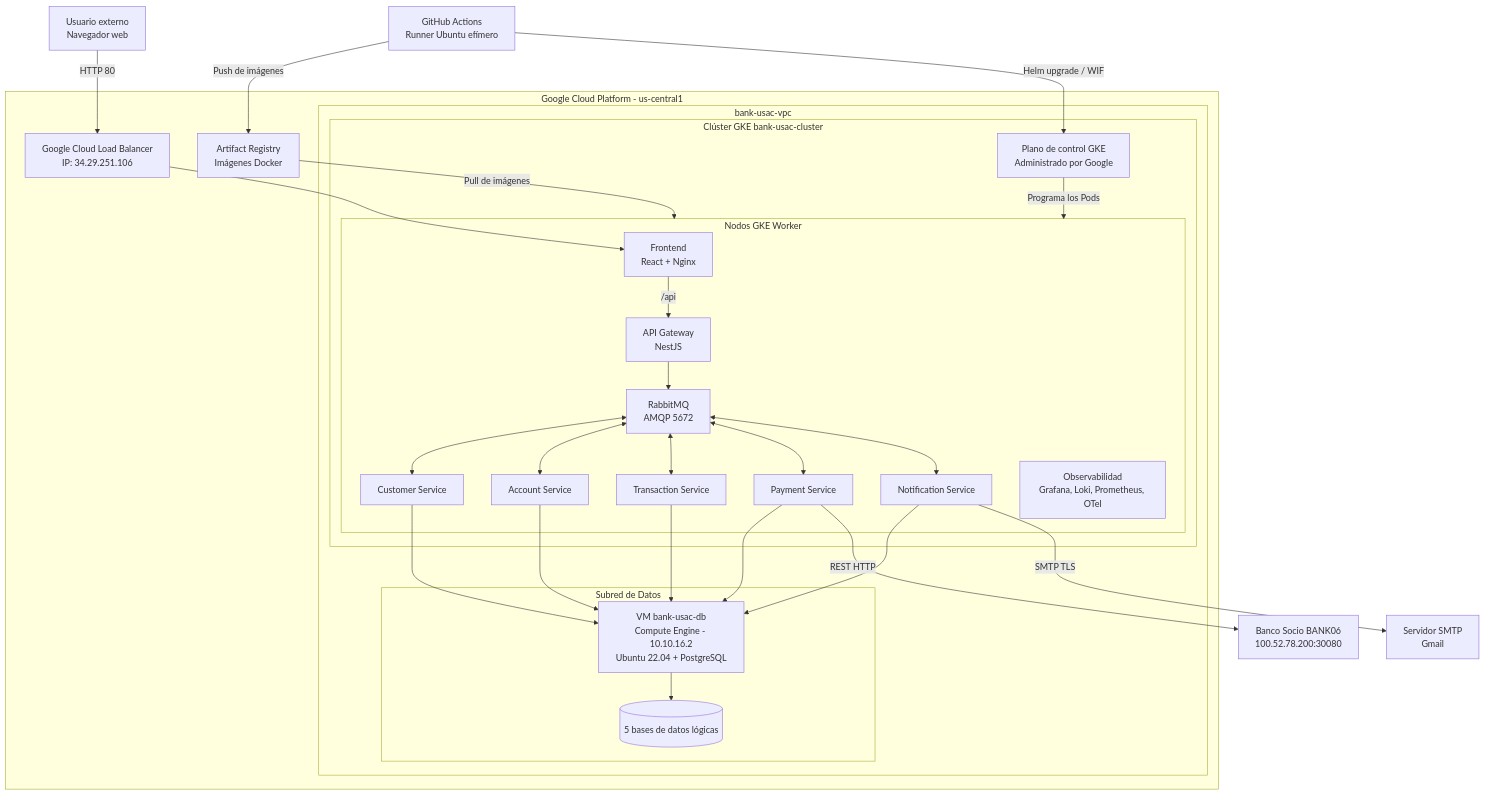
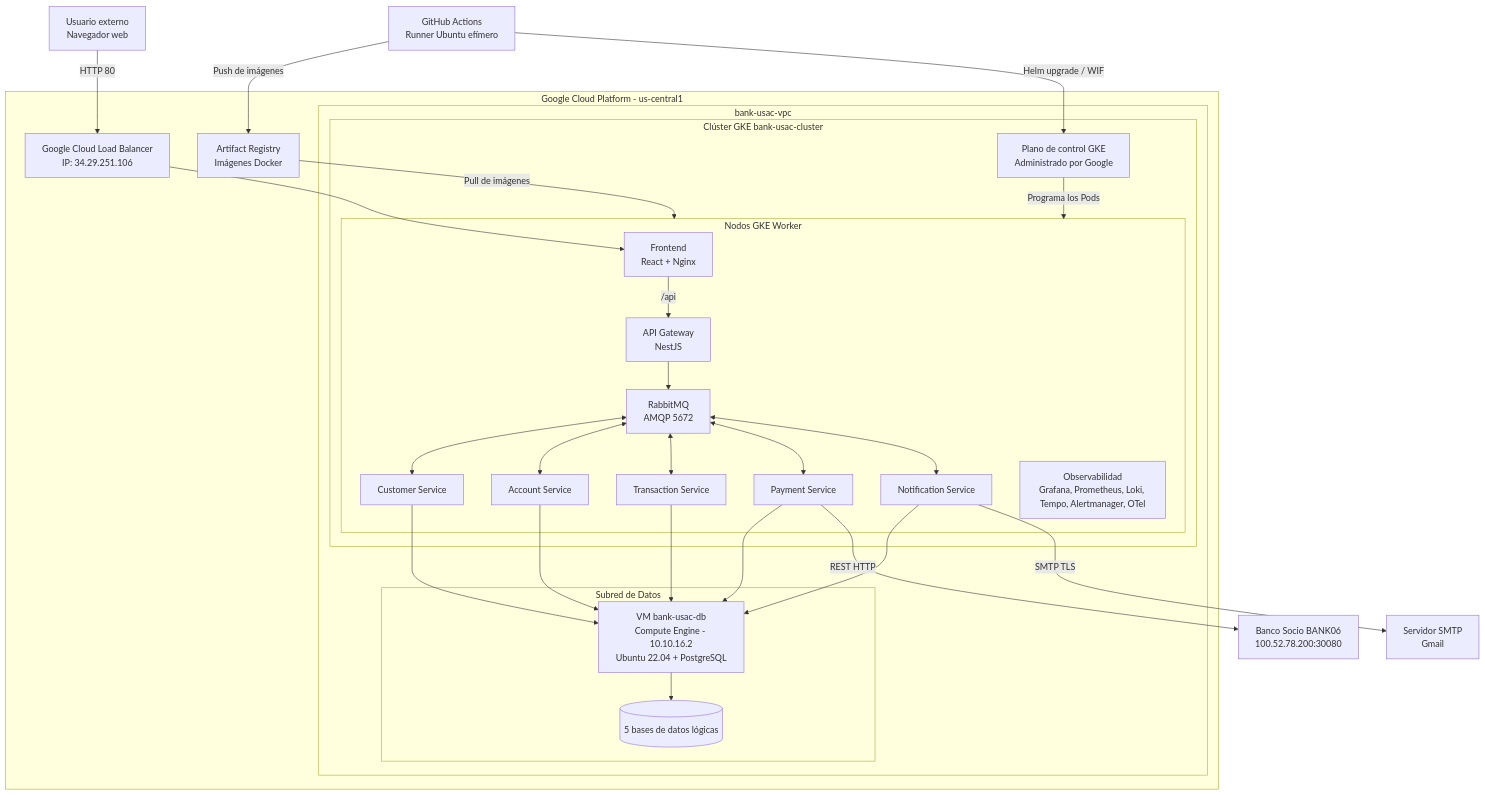
The diagram in Docs/architecture/deployment.md (GaryAlexAC/Proyecto-SA-B-11), drawn with Mermaid before and after one commit. The commit also changed 37 other files, not shown here.

````diff
--- a/Docs/architecture/deployment.md
+++ b/Docs/architecture/deployment.md
@@ -73,56 +73,56 @@
 ```mermaid
 flowchart TB
     user[Usuario externo\nNavegador web]
     github[GitHub Actions\nRunner Ubuntu efímero]
     gmail[Servidor SMTP\nGmail]
     bank06[Banco Socio BANK06\n100.52.78.200:30080]
 
     subgraph gcp[Google Cloud Platform - us-central1]
         ar[Artifact Registry\nImágenes Docker]
         lb[Google Cloud Load Balancer\nIP: 34.29.251.106]
 
         subgraph vpc[bank-usac-vpc]
             subgraph gke[Clúster GKE bank-usac-cluster]
                 control[Plano de control GKE\nAdministrado por Google]
                 subgraph nodePool[Nodos GKE Worker]
                     frontend[Frontend\nReact + Nginx]
                     gateway[API Gateway\nNestJS]
                     rabbit[RabbitMQ\nAMQP 5672]
                     customer[Customer Service]
                     account[Account Service]
                     transaction[Transaction Service]
                     payment[Payment Service]
                     notification[Notification Service]
-                    observability[Observabilidad\nGrafana, Loki, Prometheus, OTel]
+                    observability[Observabilidad\nGrafana, Prometheus, Loki, Tempo, Alertmanager, OTel]
                 end
             end
 
             subgraph dbSubnet[Subred de Datos]
                 dbvm[VM bank-usac-db\nCompute Engine - 10.10.16.2\nUbuntu 22.04 + PostgreSQL]
                 databases[(5 bases de datos lógicas)]
             end
         end
     end
 
     user -->|HTTP 80| lb
     lb --> frontend
     frontend -->|/api| gateway
     gateway --> rabbit
     rabbit <--> customer
     rabbit <--> account
     rabbit <--> transaction
     rabbit <--> payment
     rabbit <--> notification
     customer --> dbvm
     account --> dbvm
     transaction --> dbvm
     payment --> dbvm
     notification --> dbvm
     dbvm --> databases
     notification -->|SMTP TLS| gmail
     payment -->|REST HTTP| bank06
     github -->|Push de imágenes| ar
     ar -->|Pull de imágenes| nodePool
     github -->|Helm upgrade / WIF| control
     control -->|Programa los Pods| nodePool
 ```
````
